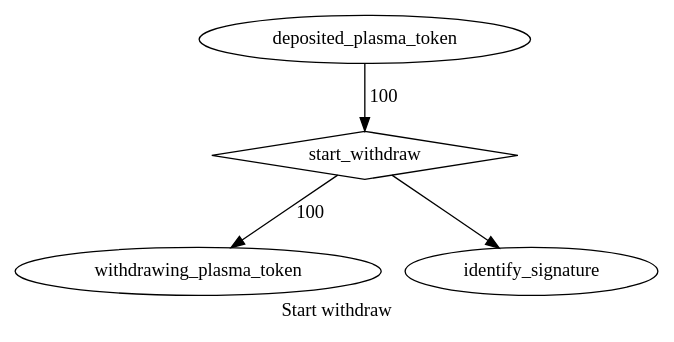
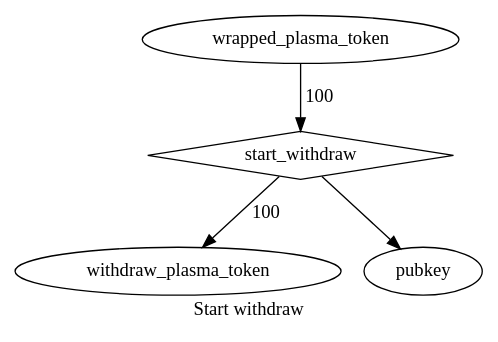
One commit to jjyr/ckb-detect-congestion-status-demo changed the diagram in graph/start_withdraw.dot. Above: the diagram before and after it, drawn with Graphviz. The commit also changed 6 other files, not shown here.

```diff
--- a/graph/start_withdraw.dot
+++ b/graph/start_withdraw.dot
@@ -1,8 +1,8 @@
 digraph {
   label="Start withdraw";
   start_withdraw[shape="diamond", style=""];
 
-  deposited_plasma_token -> start_withdraw[label="100"];
-  start_withdraw -> withdrawing_plasma_token[label="100"];
-  start_withdraw -> identify_signature;
+  wrapped_plasma_token -> start_withdraw[label="100"];
+  start_withdraw -> withdraw_plasma_token[label="100"];
+  start_withdraw -> pubkey;
 }
```
